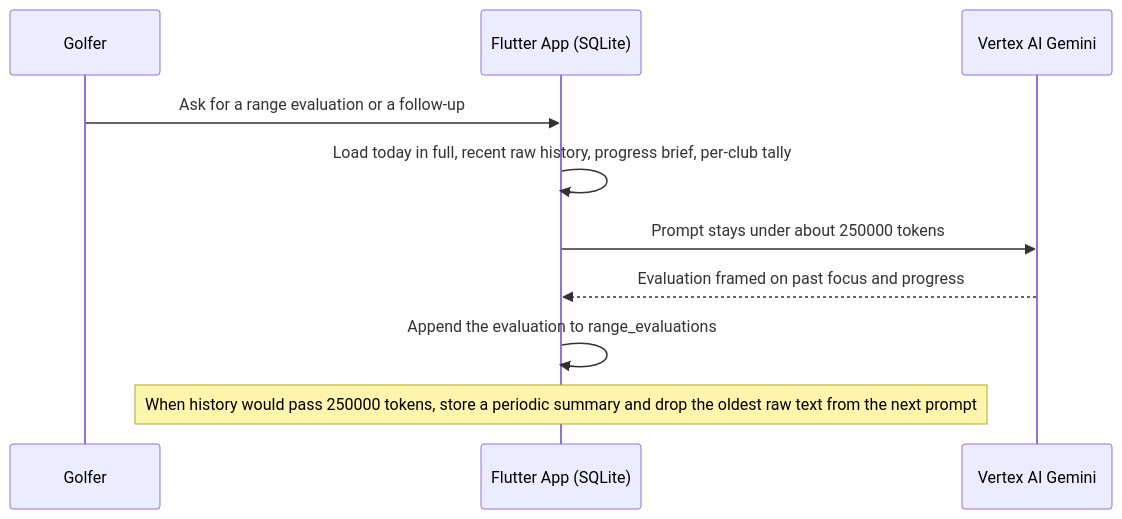
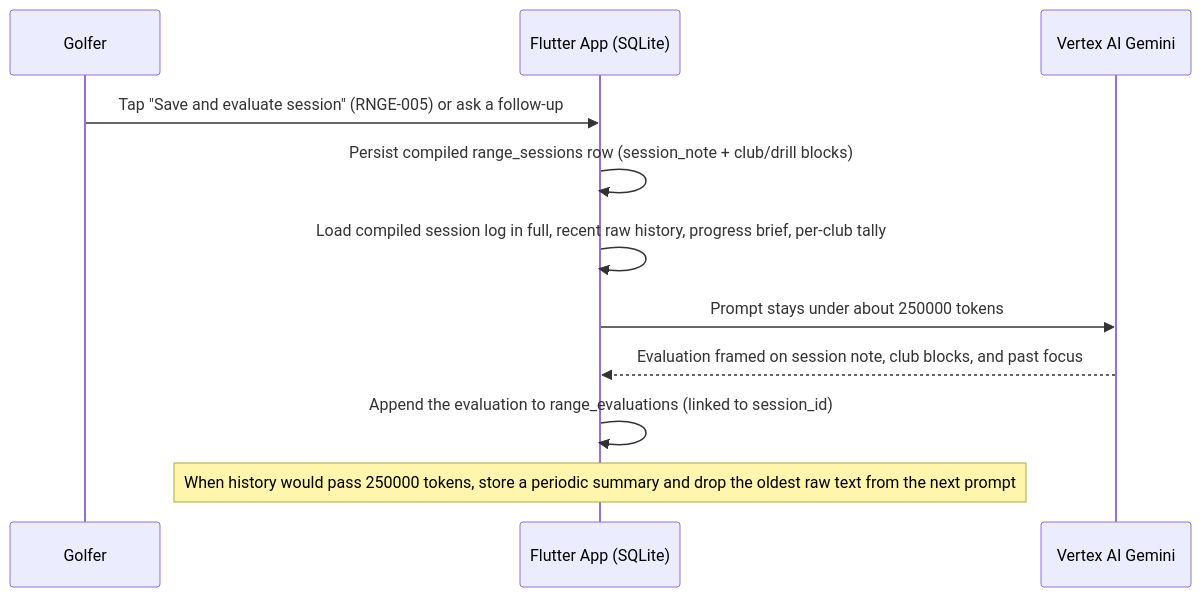
The fourth of 4 diagrams in docs/context/Architecture.md (ograva/My-Golf-Diary), drawn with Mermaid before and after one commit. The commit also changed other lines of this file and 10 other files, not shown here.

First line of the commit message:
docs(prd,arch): add RNGE-005 session note and compiled range session log (#28)

````diff
--- a/docs/context/Architecture.md
+++ b/docs/context/Architecture.md
@@ -208,13 +258,14 @@
 ```mermaid
 sequenceDiagram
   participant User as Golfer
   participant App as Flutter App (SQLite)
   participant AI as Vertex AI Gemini
 
-  User->>App: Ask for a range evaluation or a follow-up
-  App->>App: Load today in full, recent raw history, progress brief, per-club tally
+  User->>App: Tap "Save and evaluate session" (RNGE-005) or ask a follow-up
+  App->>App: Persist compiled range_sessions row (session_note + club/drill blocks)
+  App->>App: Load compiled session log in full, recent raw history, progress brief, per-club tally
   App->>AI: Prompt stays under about 250000 tokens
-  AI-->>App: Evaluation framed on past focus and progress
-  App->>App: Append the evaluation to range_evaluations
+  AI-->>App: Evaluation framed on session note, club blocks, and past focus
+  App->>App: Append the evaluation to range_evaluations (linked to session_id)
   Note over App: When history would pass 250000 tokens, store a periodic summary and drop the oldest raw text from the next prompt
 ```
````
